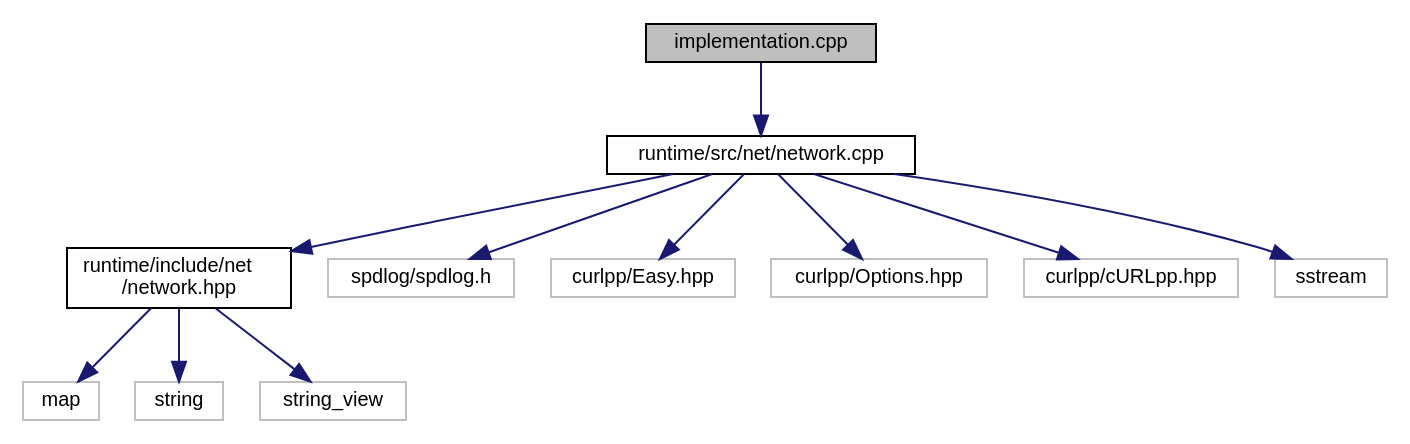
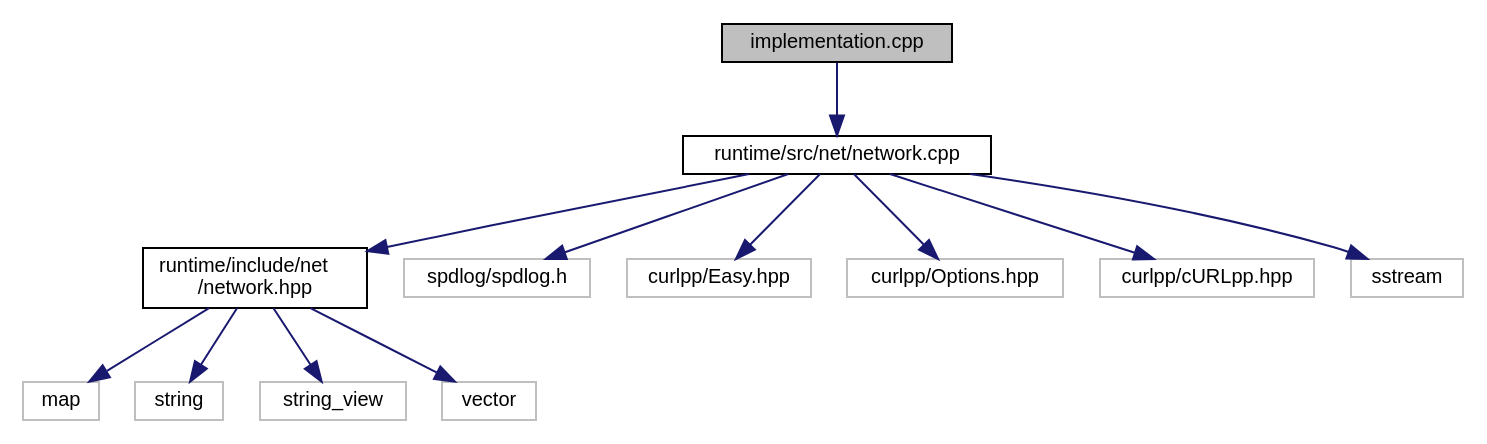
The diagram in docs/runtime_2src_2implementation_8cpp__incl.dot (edgjj/cpp_vk_lib), drawn with Graphviz before and after one commit. The commit also changed 63 other files, not shown here.

```diff
--- a/docs/runtime_2src_2implementation_8cpp__incl.dot
+++ b/docs/runtime_2src_2implementation_8cpp__incl.dot
@@ -1,27 +1,29 @@
 digraph "implementation.cpp"
 {
  // LATEX_PDF_SIZE
   edge [fontname="Helvetica",fontsize="10",labelfontname="Helvetica",labelfontsize="10"];
   node [fontname="Helvetica",fontsize="10",shape=record];
   Node1 [label="implementation.cpp",height=0.2,width=0.4,color="black", fillcolor="grey75", style="filled", fontcolor="black",tooltip=" "];
   Node1 -> Node2 [color="midnightblue",fontsize="10",style="solid",fontname="Helvetica"];
   Node2 [label="runtime/src/net/network.cpp",height=0.2,width=0.4,color="black", fillcolor="white", style="filled",URL="$network_8cpp.html",tooltip=" "];
   Node2 -> Node3 [color="midnightblue",fontsize="10",style="solid",fontname="Helvetica"];
   Node3 [label="runtime/include/net\l/network.hpp",height=0.2,width=0.4,color="black", fillcolor="white", style="filled",URL="$network_8hpp.html",tooltip=" "];
   Node3 -> Node4 [color="midnightblue",fontsize="10",style="solid",fontname="Helvetica"];
   Node4 [label="map",height=0.2,width=0.4,color="grey75", fillcolor="white", style="filled",tooltip=" "];
   Node3 -> Node5 [color="midnightblue",fontsize="10",style="solid",fontname="Helvetica"];
   Node5 [label="string",height=0.2,width=0.4,color="grey75", fillcolor="white", style="filled",tooltip=" "];
   Node3 -> Node6 [color="midnightblue",fontsize="10",style="solid",fontname="Helvetica"];
   Node6 [label="string_view",height=0.2,width=0.4,color="grey75", fillcolor="white", style="filled",tooltip=" "];
-  Node2 -> Node7 [color="midnightblue",fontsize="10",style="solid",fontname="Helvetica"];
-  Node7 [label="spdlog/spdlog.h",height=0.2,width=0.4,color="grey75", fillcolor="white", style="filled",tooltip=" "];
+  Node3 -> Node7 [color="midnightblue",fontsize="10",style="solid",fontname="Helvetica"];
+  Node7 [label="vector",height=0.2,width=0.4,color="grey75", fillcolor="white", style="filled",tooltip=" "];
   Node2 -> Node8 [color="midnightblue",fontsize="10",style="solid",fontname="Helvetica"];
-  Node8 [label="curlpp/Easy.hpp",height=0.2,width=0.4,color="grey75", fillcolor="white", style="filled",tooltip=" "];
+  Node8 [label="spdlog/spdlog.h",height=0.2,width=0.4,color="grey75", fillcolor="white", style="filled",tooltip=" "];
   Node2 -> Node9 [color="midnightblue",fontsize="10",style="solid",fontname="Helvetica"];
-  Node9 [label="curlpp/Options.hpp",height=0.2,width=0.4,color="grey75", fillcolor="white", style="filled",tooltip=" "];
+  Node9 [label="curlpp/Easy.hpp",height=0.2,width=0.4,color="grey75", fillcolor="white", style="filled",tooltip=" "];
   Node2 -> Node10 [color="midnightblue",fontsize="10",style="solid",fontname="Helvetica"];
-  Node10 [label="curlpp/cURLpp.hpp",height=0.2,width=0.4,color="grey75", fillcolor="white", style="filled",tooltip=" "];
+  Node10 [label="curlpp/Options.hpp",height=0.2,width=0.4,color="grey75", fillcolor="white", style="filled",tooltip=" "];
   Node2 -> Node11 [color="midnightblue",fontsize="10",style="solid",fontname="Helvetica"];
-  Node11 [label="sstream",height=0.2,width=0.4,color="grey75", fillcolor="white", style="filled",tooltip=" "];
+  Node11 [label="curlpp/cURLpp.hpp",height=0.2,width=0.4,color="grey75", fillcolor="white", style="filled",tooltip=" "];
+  Node2 -> Node12 [color="midnightblue",fontsize="10",style="solid",fontname="Helvetica"];
+  Node12 [label="sstream",height=0.2,width=0.4,color="grey75", fillcolor="white", style="filled",tooltip=" "];
 }
```
